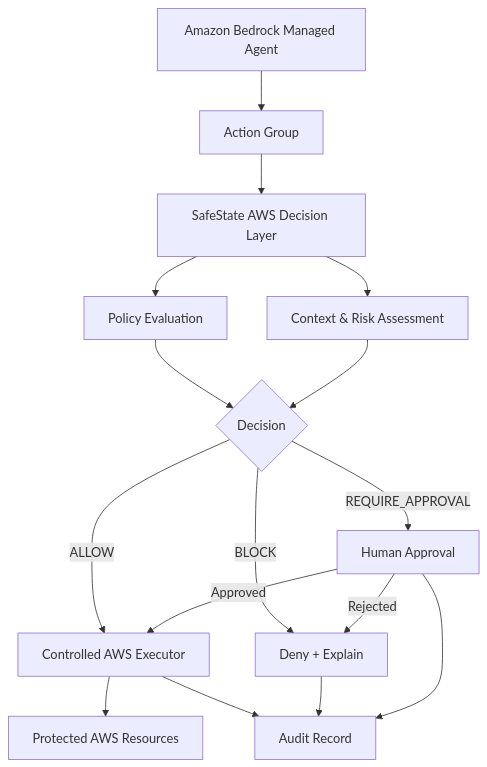
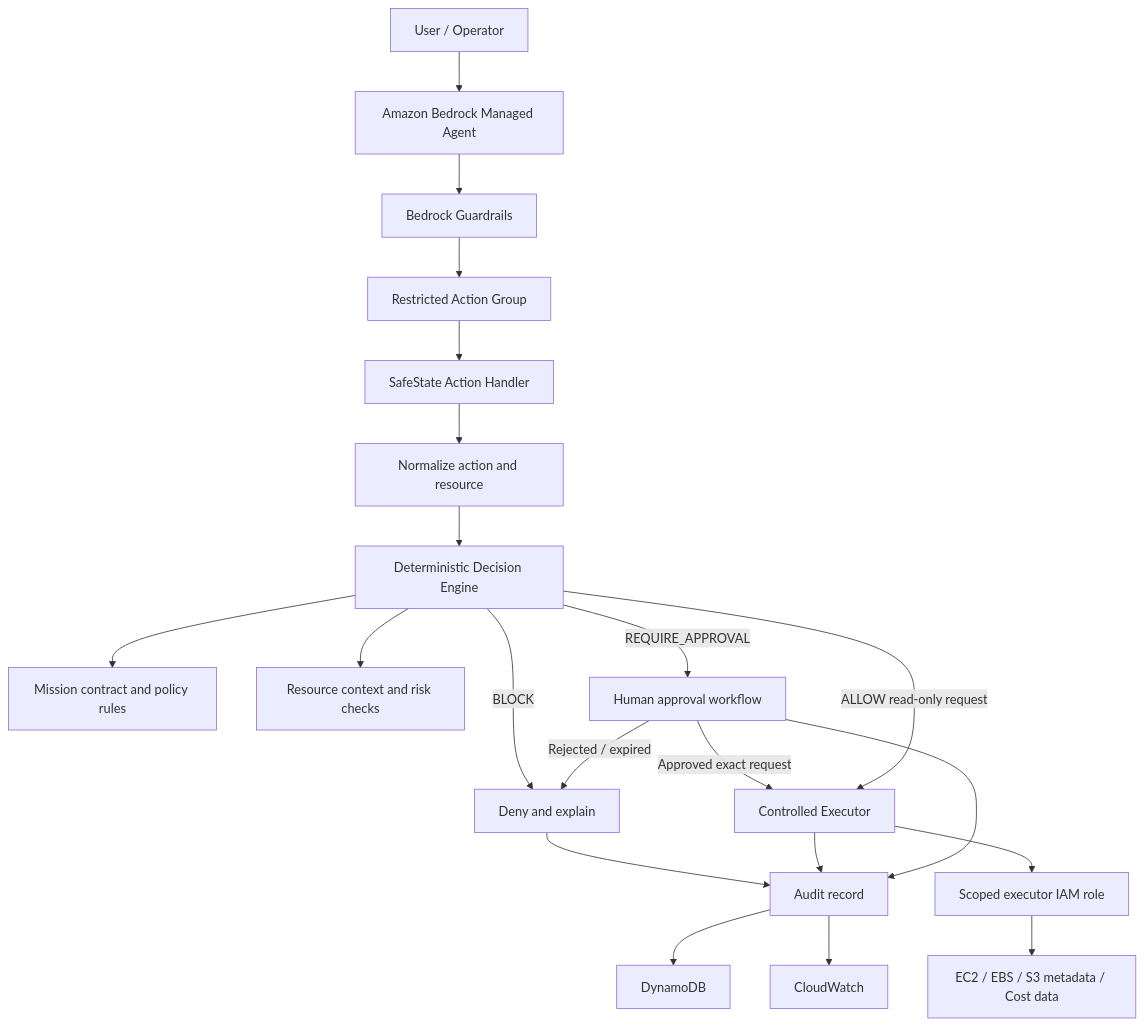
One commit to Ferdali10/safestate-aws changed the diagram in README.md. Above: the diagram before and after it, drawn with Mermaid. The commit also changed other lines of this file, not shown here.

Commit message:
docs: align README with mission-aware hackathon MVP

````diff
--- a/README.md
+++ b/README.md
@@ -56,18 +104,23 @@
 ```mermaid
 flowchart TD
-    A["Amazon Bedrock Managed Agent"] --> B["Action Group"]
-    B --> C["SafeState AWS Decision Layer"]
-    C --> D["Policy Evaluation"]
-    C --> E["Context & Risk Assessment"]
-    D --> F{"Decision"}
-    E --> F
-    F -->|ALLOW| G["Controlled AWS Executor"]
-    F -->|BLOCK| H["Deny + Explain"]
-    F -->|REQUIRE_APPROVAL| I["Human Approval"]
-    I -->|Approved| G
-    I -->|Rejected| H
-    G --> J["Protected AWS Resources"]
-    G --> K["Audit Record"]
-    H --> K
-    I --> K
+    U["User / Operator"] --> A["Amazon Bedrock Managed Agent"]
+    A --> G["Bedrock Guardrails"]
+    G --> AG["Restricted Action Group"]
+    AG --> H["SafeState Action Handler"]
+    H --> N["Normalize action and resource"]
+    N --> D["Deterministic Decision Engine"]
+    D --> P["Mission contract and policy rules"]
+    D --> C["Resource context and risk checks"]
+    D -->|BLOCK| X["Deny and explain"]
+    D -->|REQUIRE_APPROVAL| AP["Human approval workflow"]
+    AP -->|Rejected / expired| X
+    AP -->|Approved exact request| EX["Controlled Executor"]
+    D -->|ALLOW read-only request| EX
+    EX --> IAM["Scoped executor IAM role"]
+    IAM --> AWS["EC2 / EBS / S3 metadata / Cost data"]
+    X --> AUD["Audit record"]
+    EX --> AUD
+    AP --> AUD
+    AUD --> DB["DynamoDB"]
+    AUD --> CW["CloudWatch"]
 ```
````
